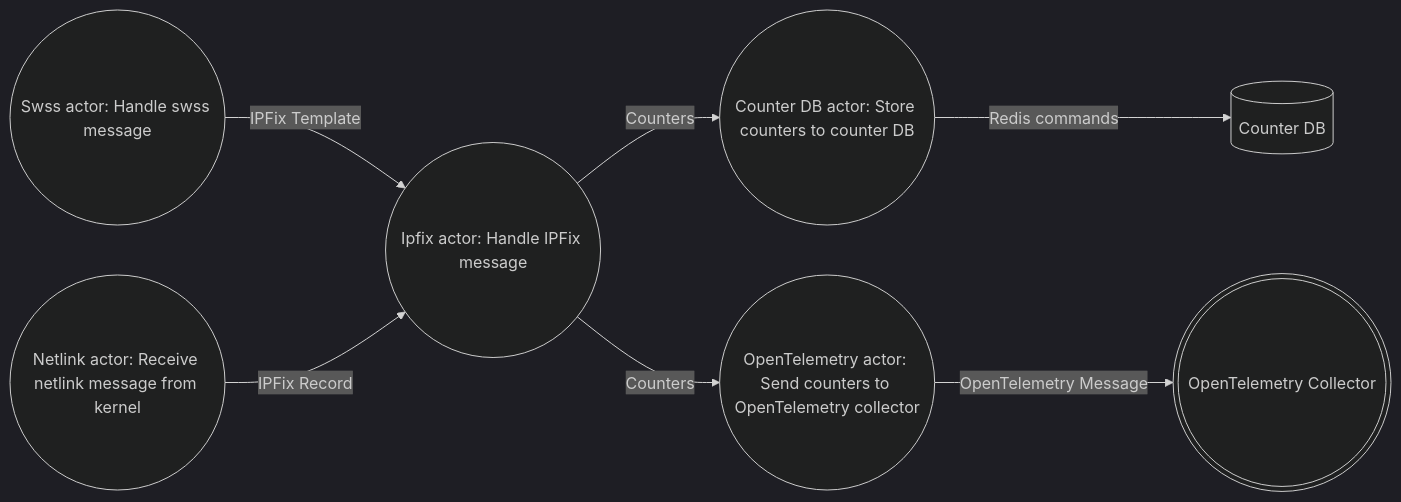
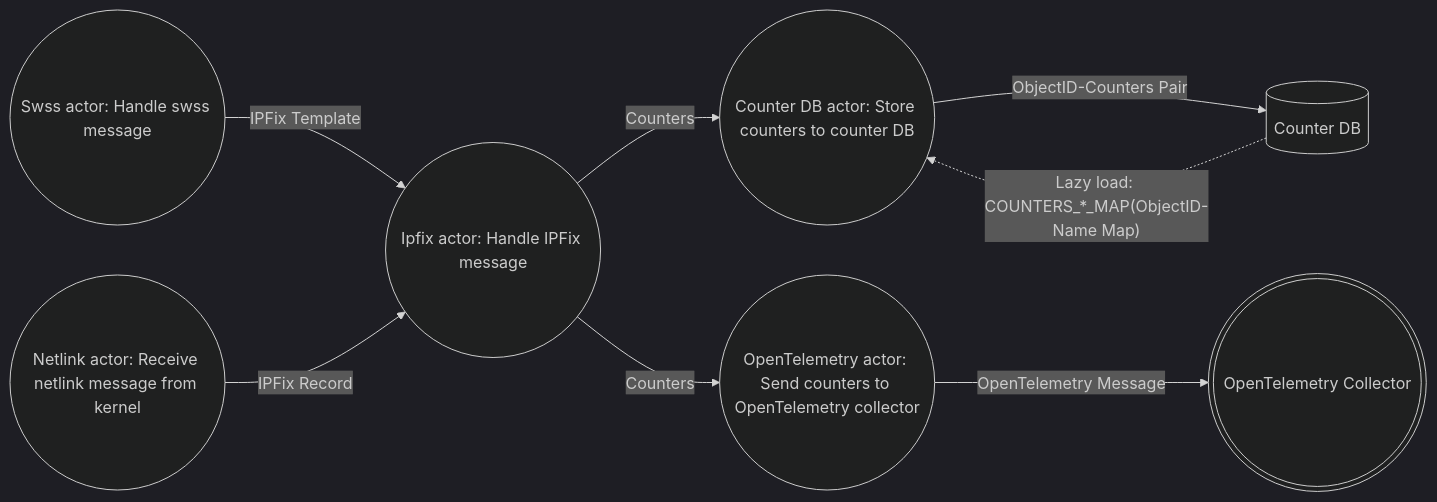
Before and after one commit to sonic-net/SONiC: the second of 9 diagrams in doc/stream-telemetry/stream-telemetry-hld.md, drawn with Mermaid (dark theme).

Commit message:
Add MAP load

````diff
--- a/doc/stream-telemetry/stream-telemetry-hld.md
+++ b/doc/stream-telemetry/stream-telemetry-hld.md
@@ -160,19 +160,20 @@
 ``` mermaid
 
 flowchart LR
     swss_act((Swss actor: Handle swss message))
     netlink_act((Netlink actor: Receive netlink message from kernel))
     ipfix_act((Ipfix actor: Handle IPFix message))
     cdb_act((Counter DB actor: Store counters to counter DB))
     otel_act((OpenTelemetry actor: Send counters to OpenTelemetry collector))
     cdb[(Counter DB)]
     otel(((OpenTelemetry Collector)))
 
     swss_act -- IPFix Template --> ipfix_act
     netlink_act -- IPFix Record --> ipfix_act
     ipfix_act -- Counters --> cdb_act
     ipfix_act -- Counters --> otel_act
-    cdb_act -- Redis commands --> cdb
+    cdb_act -- ObjectID-Counters Pair --> cdb
+    cdb -. Lazy load: COUNTERS_*_MAP(ObjectID-Name Map) .-> cdb_act
     otel_act -- OpenTelemetry Message --> otel
 
 ```
````
